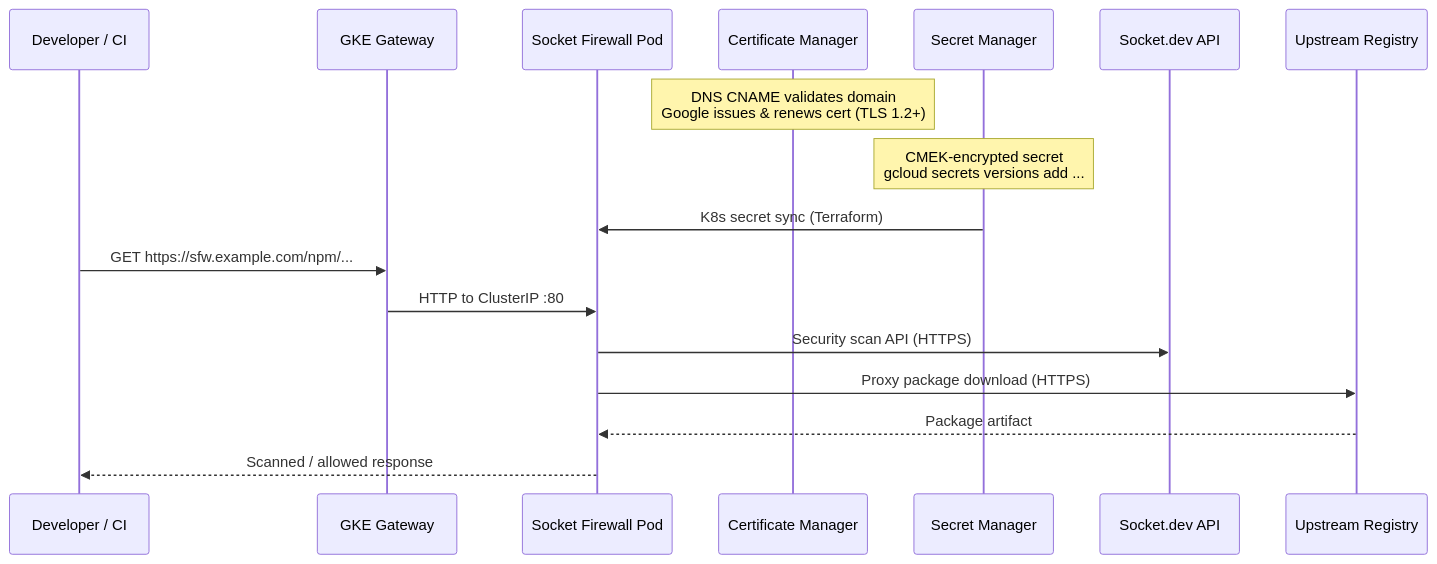
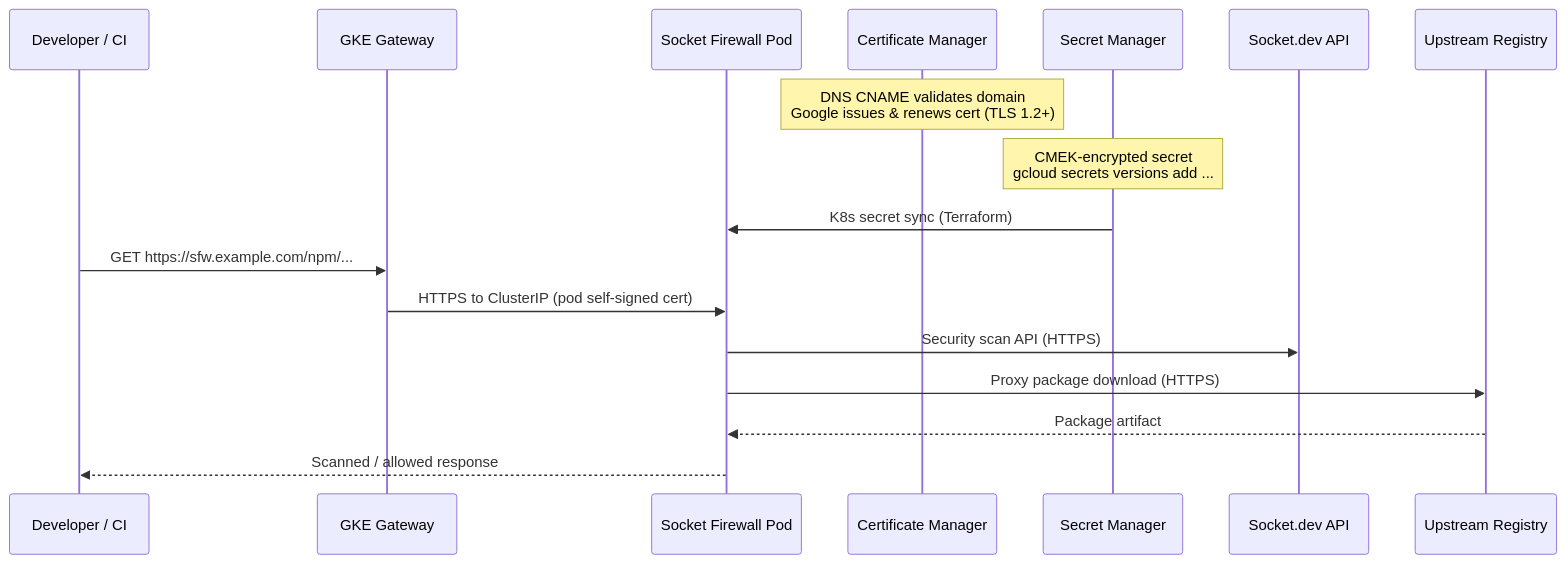
The third of 3 diagrams in README.md (getsentry/security-socket-firewall), drawn with Mermaid before and after one commit. The commit also changed other lines of this file, not shown here.

````diff
--- a/README.md
+++ b/README.md
@@ -136,20 +147,20 @@
 ```mermaid
 sequenceDiagram
     participant Dev as Developer / CI
     participant GW as GKE Gateway
     participant FW as Socket Firewall Pod
     participant CM as Certificate Manager
     participant SM as Secret Manager
     participant Socket as Socket.dev API
     participant Reg as Upstream Registry
 
     Note over CM: DNS CNAME validates domain<br/>Google issues & renews cert (TLS 1.2+)
     Note over SM: CMEK-encrypted secret<br/>gcloud secrets versions add ...
     SM->>FW: K8s secret sync (Terraform)
     Dev->>GW: GET https://sfw.example.com/npm/...
-    GW->>FW: HTTP to ClusterIP :80
+    GW->>FW: HTTPS to ClusterIP (pod self-signed cert)
     FW->>Socket: Security scan API (HTTPS)
     FW->>Reg: Proxy package download (HTTPS)
     Reg-->>FW: Package artifact
     FW-->>Dev: Scanned / allowed response
 ```
````
